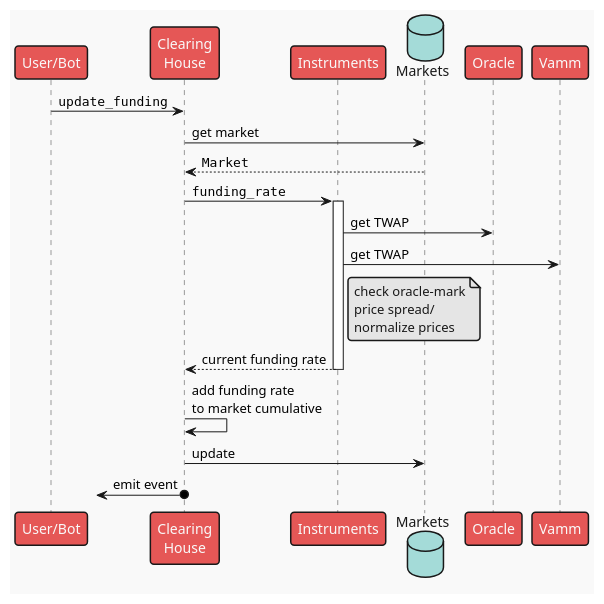
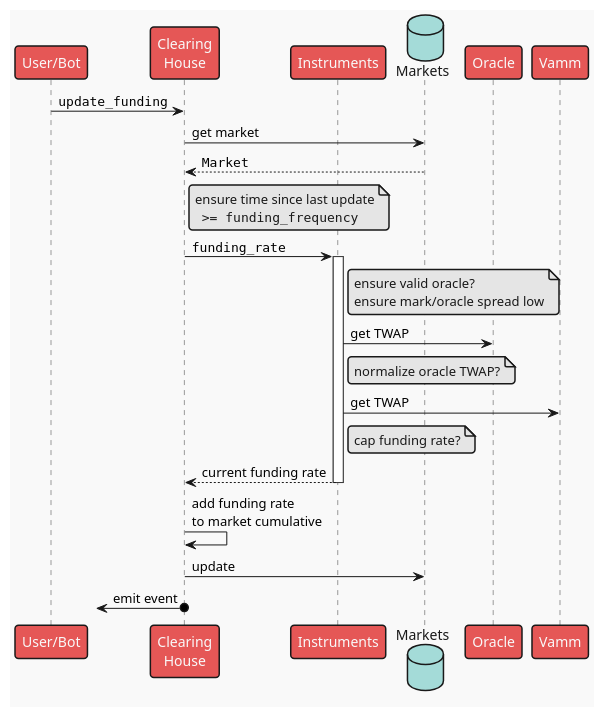
Before and after one commit to ComposableFi/composable: the diagram in frame/clearing-house/diagrams/update-funding.plantuml, drawn with PlantUML.

Commit message:
docs(CH): update update_funding seq diagram

```diff
--- a/frame/clearing-house/diagrams/update-funding.plantuml
+++ b/frame/clearing-house/diagrams/update-funding.plantuml
@@ -1,32 +1,42 @@
 @startuml update_funding
 !theme mars
 
 participant "User/Bot" as user
 participant "Clearing\nHouse" as ch
 participant "Instruments" as inst
 database "Markets" as mkts
 participant "Oracle" as oracle
 participant "Vamm" as vamm
 
 user -> ch : ""update_funding""
 
 ch -> mkts : get market
 return ""Market""
 
+note right ch
+ensure time since last update
+  "">= funding_frequency""
+end note
+
 ch -> inst ++: ""funding_rate""
+note right inst
+ensure valid oracle?
+ensure mark/oracle spread low
+end note
 inst -> oracle : get TWAP
+note right inst
+normalize oracle TWAP?
+end note
 inst -> vamm : get TWAP
 note right inst
-check oracle-mark
-price spread/
-normalize prices
+cap funding rate?
 end note
 return current funding rate
 
 ch -> ch : add funding rate\nto market cumulative
 
 ch -> mkts : update
 
 ?<-o ch : emit event
 
 @enduml
```
